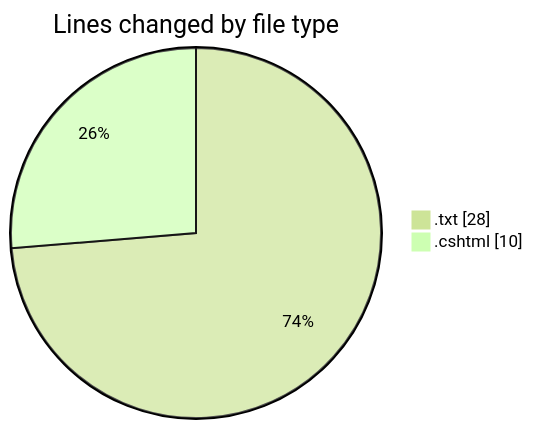
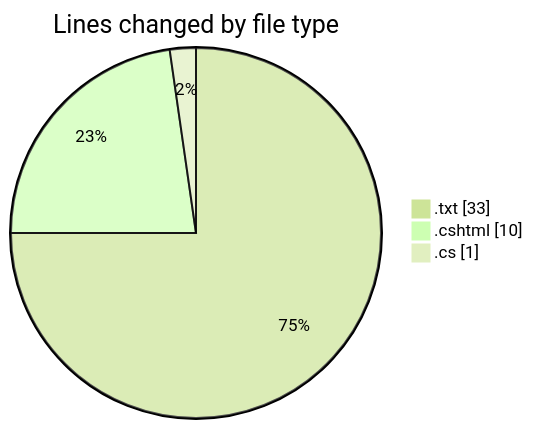
One commit to lephambinh05/code-tracking changed the first of 2 diagrams in 2025-07-25/quanlyrapchieuphim-1/README.md. Above: the diagram before and after it, drawn with Mermaid (forest theme). The commit also changed other lines of this file and 1 other file, not shown here.

````diff
--- a/2025-07-25/quanlyrapchieuphim-1/README.md
+++ b/2025-07-25/quanlyrapchieuphim-1/README.md
@@ -21,6 +22,7 @@
 ```mermaid
 pie showData
 title Lines changed by file type
-".txt" : 28
+".txt" : 33
 ".cshtml" : 10
+".cs" : 1
 ```
````
